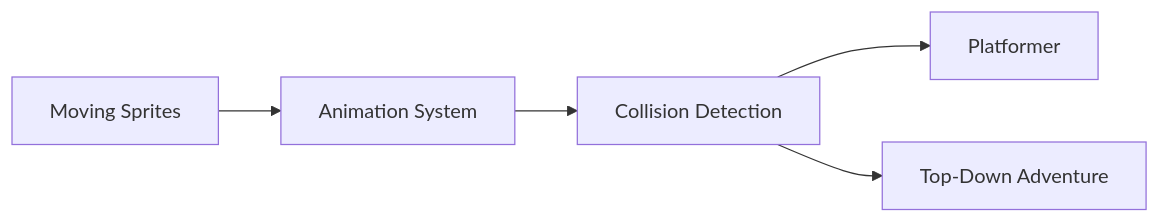
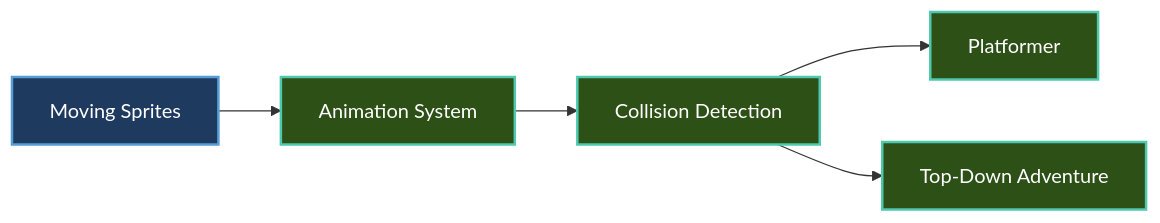
One commit to CrazyPickleStudios/Brine2D-Documentation changed the diagram in docs/tutorials/index.md. Above: the diagram before and after it, drawn with Mermaid. The commit also changed 9 other files, not shown here.

````diff
--- a/docs/tutorials/index.md
+++ b/docs/tutorials/index.md
@@ -14,7 +14,13 @@
 ```mermaid
 graph LR
     A["Moving Sprites"] --> B["Animation System"]
     B --> C["Collision Detection"]
     C --> D["Platformer"]
     C --> E["Top-Down Adventure"]
+
+    style A fill:#1e3a5f,stroke:#569cd6,stroke-width:2px,color:#fff
+style B fill:#2d5016,stroke:#4ec9b0,stroke-width:2px,color:#fff
+style C fill:#2d5016,stroke:#4ec9b0,stroke-width:2px,color:#fff
+style D fill:#2d5016,stroke:#4ec9b0,stroke-width:2px,color:#fff
+style E fill:#2d5016,stroke:#4ec9b0,stroke-width:2px,color:#fff
 ```
````
